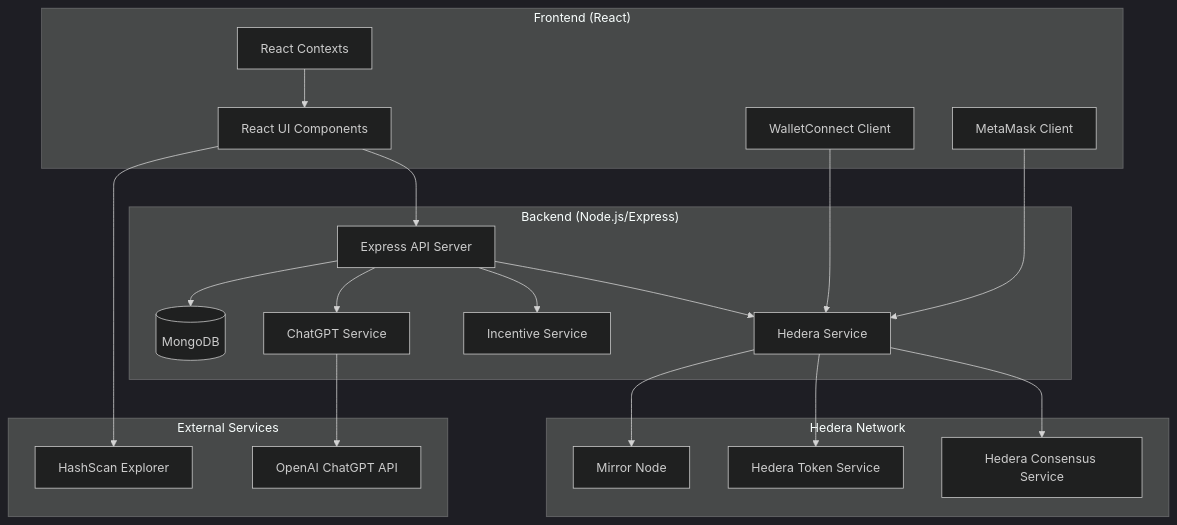
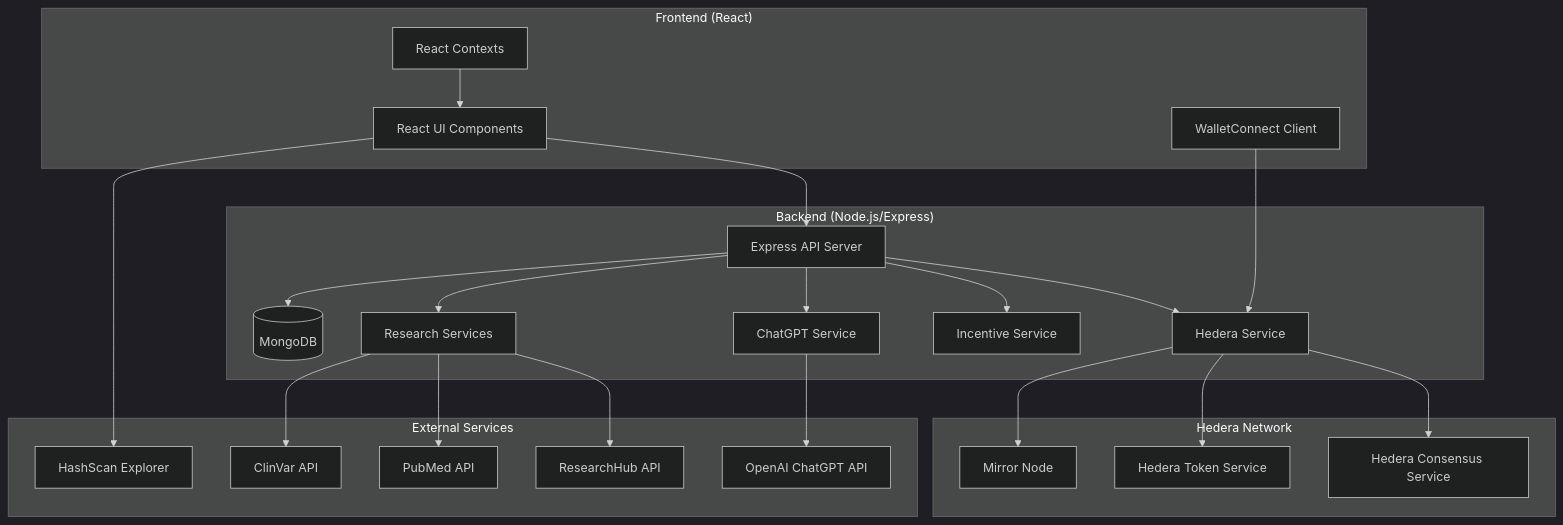
Before and after one commit to Acoercode/hedera_africa_hackathon: the first of 10 diagrams in docs/architecture-diagrams.md, drawn with Mermaid (dark theme). The commit also changed other lines of this file and 10 other files, not shown here.

````diff
--- a/docs/architecture-diagrams.md
+++ b/docs/architecture-diagrams.md
@@ -5,45 +5,51 @@
 ```mermaid
 graph TB
     subgraph "Frontend (React)"
         UI[React UI Components]
         WC[WalletConnect Client]
-        MM[MetaMask Client]
         CTX[React Contexts]
     end
     
     subgraph "Backend (Node.js/Express)"
         API[Express API Server]
         HEDERA[Hedera Service]
         INC[Incentive Service]
         AI[ChatGPT Service]
+        RESEARCH[Research Services]
         DB[(MongoDB)]
     end
     
     subgraph "Hedera Network"
         HCS[Hedera Consensus Service]
         HTS[Hedera Token Service]
         MIRROR[Mirror Node]
     end
     
     subgraph "External Services"
         OPENAI[OpenAI ChatGPT API]
         HASHSCAN[HashScan Explorer]
+        RESEARCHHUB[ResearchHub API]
+        PUBMED[PubMed API]
+        CLINVAR[ClinVar API]
     end
     
     UI --> API
     WC --> HEDERA
-    MM --> HEDERA
     CTX --> UI
     
     API --> HEDERA
     API --> INC
     API --> AI
+    API --> RESEARCH
     API --> DB
     
     HEDERA --> HCS
     HEDERA --> HTS
     HEDERA --> MIRROR
     
     AI --> OPENAI
+    RESEARCH --> RESEARCHHUB
+    RESEARCH --> PUBMED
+    RESEARCH --> CLINVAR
     UI --> HASHSCAN
 ```
````
